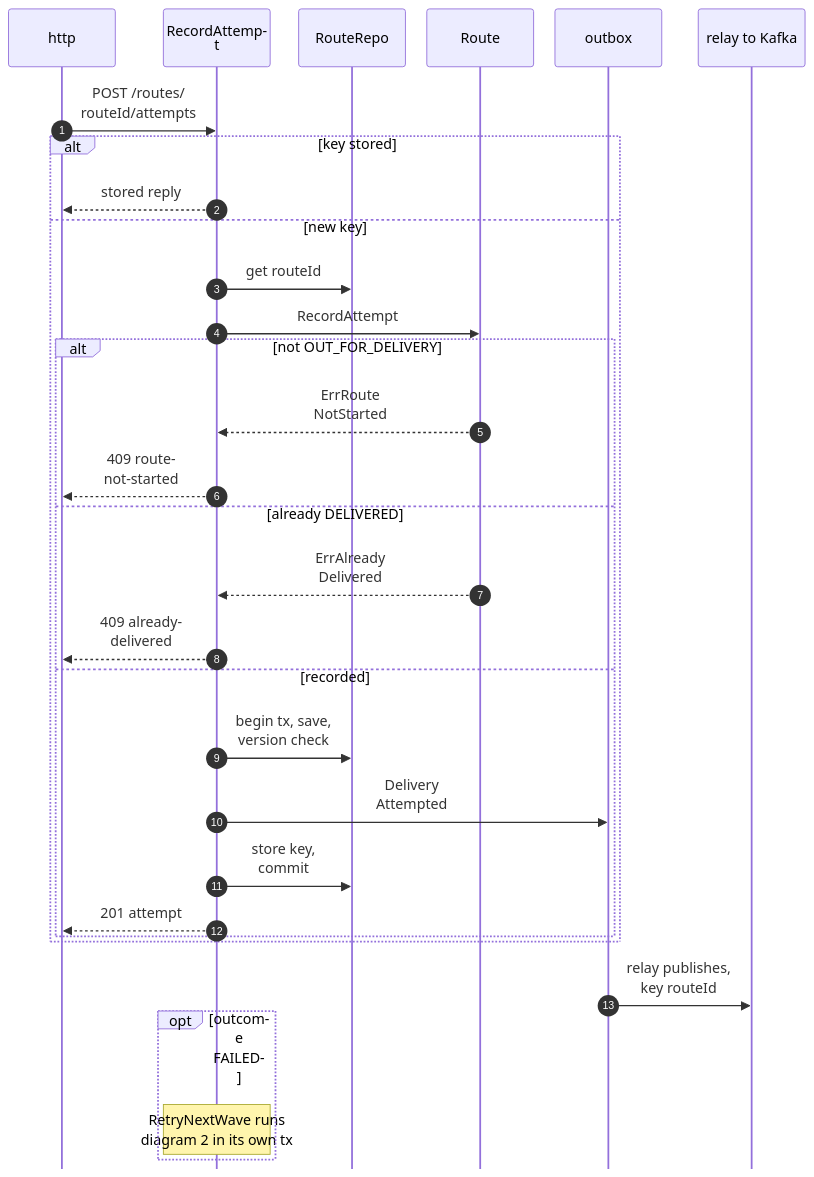
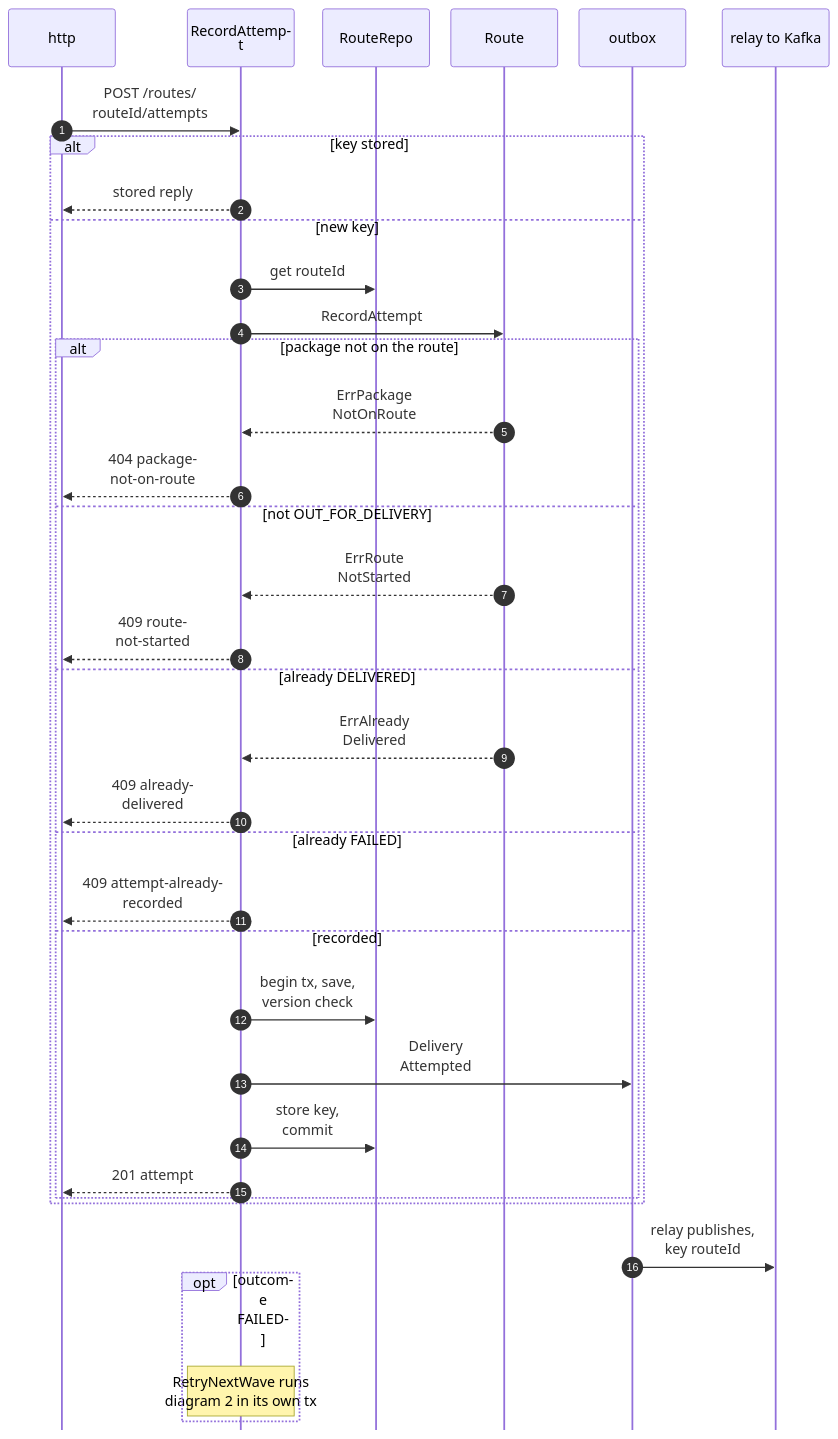
One commit to IQVO/warehouse-docs changed the ninth of 11 diagrams in network/docs/contexts/last-mile-delivery/sequence-diagrams.md. Above: the diagram before and after it, drawn with Mermaid. The commit also changed other lines of this file and 7 other files, not shown here.

````diff
--- a/network/docs/contexts/last-mile-delivery/sequence-diagrams.md
+++ b/network/docs/contexts/last-mile-delivery/sequence-diagrams.md
@@ -344,34 +367,39 @@
 ```mermaid
 %%{init: {"sequence": {"wrap": true, "width": 120, "actorMargin": 24, "messageMargin": 28, "boxMargin": 6, "noteMargin": 6, "mirrorActors": false}}}%%
 sequenceDiagram
     autonumber
     participant HTTP as http
     participant UC as RecordAttempt
     participant REPO as RouteRepo
     participant AGG as Route
     participant OB as outbox
     participant K as relay to Kafka
     HTTP->>UC: POST /routes/<br/>routeId/attempts
     alt key stored
         UC-->>HTTP: stored reply
     else new key
         UC->>REPO: get routeId
         UC->>AGG: RecordAttempt
-        alt not OUT_FOR_DELIVERY
+        alt package not on the route
+            AGG-->>UC: ErrPackage<br/>NotOnRoute
+            UC-->>HTTP: 404 package-<br/>not-on-route
+        else not OUT_FOR_DELIVERY
             AGG-->>UC: ErrRoute<br/>NotStarted
             UC-->>HTTP: 409 route-<br/>not-started
         else already DELIVERED
             AGG-->>UC: ErrAlready<br/>Delivered
             UC-->>HTTP: 409 already-<br/>delivered
+        else already FAILED
+            UC-->>HTTP: 409 attempt-already-<br/>recorded
         else recorded
             UC->>REPO: begin tx, save,<br/>version check
             UC->>OB: Delivery<br/>Attempted
             UC->>REPO: store key,<br/>commit
             UC-->>HTTP: 201 attempt
         end
     end
     OB->>K: relay publishes,<br/>key routeId
     opt outcome FAILED
         Note over UC: RetryNextWave runs<br/>diagram 2 in its own tx
     end
 ```
````
